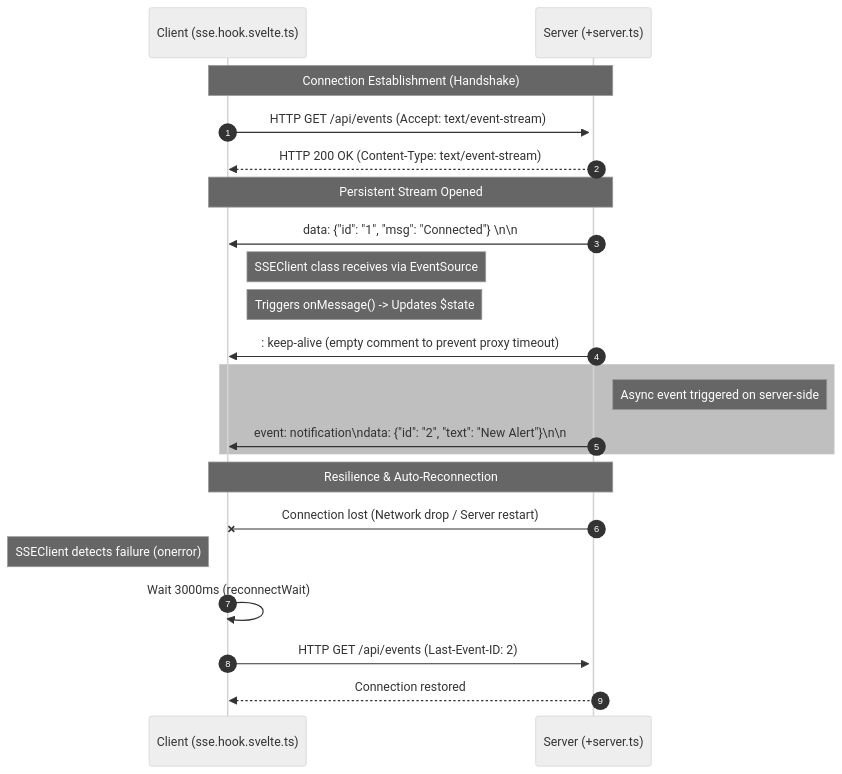
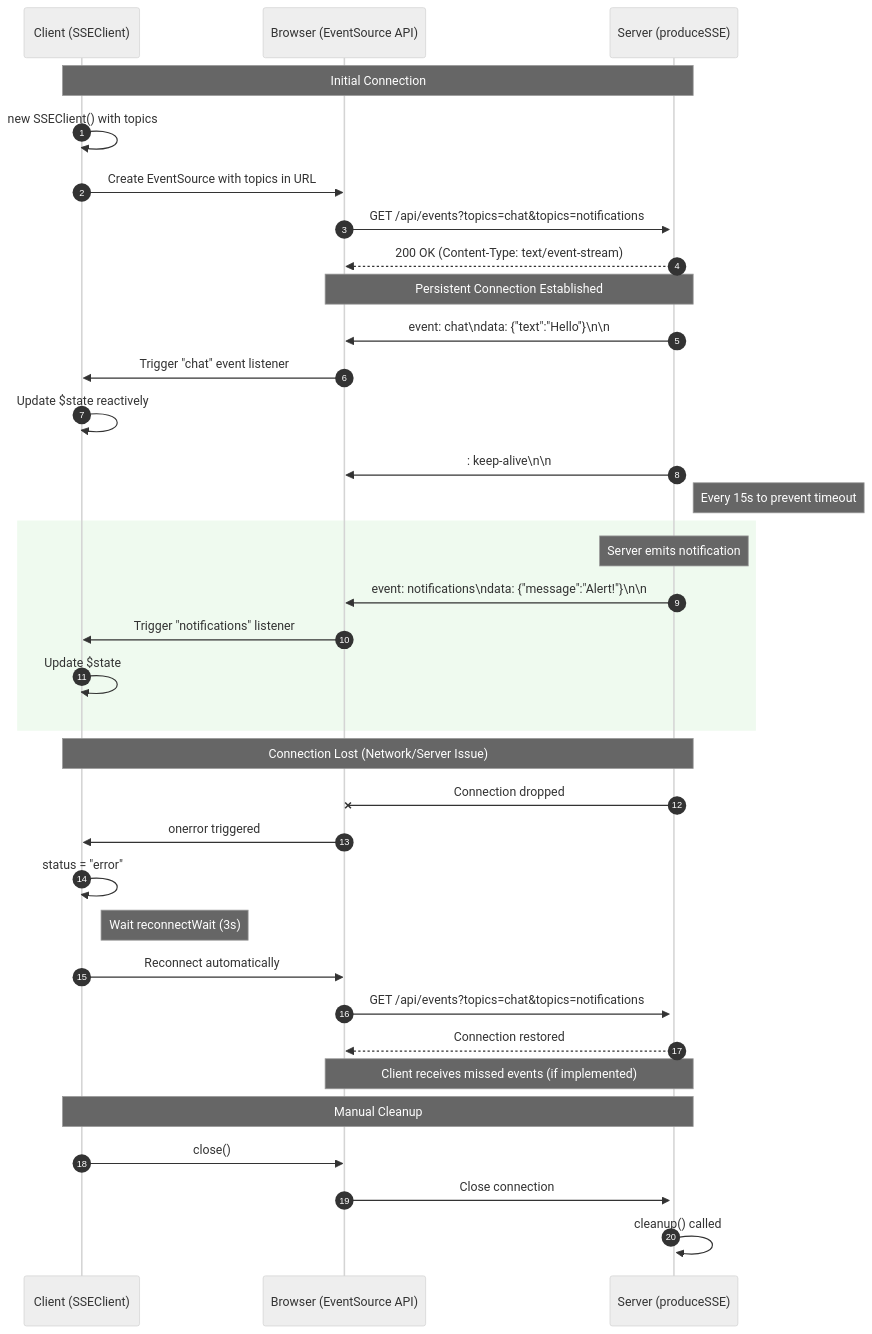
Before and after one commit to gustavomorinaga/sveltekit-sse: the diagram in README.md, drawn with Mermaid (neutral theme). The commit also changed other lines of this file, not shown here.

````diff
--- a/README.md
+++ b/README.md
@@ -63,31 +158,44 @@
 ```mermaid
 sequenceDiagram
   autonumber
-  participant C as Client (sse.hook.svelte.ts)
-  participant S as Server (+server.ts)
+  participant C as Client (SSEClient)
+  participant B as Browser (EventSource API)
+  participant S as Server (produceSSE)
 
-  Note over C,S: Connection Establishment (Handshake)
-  C->>+S: HTTP GET /api/events (Accept: text/event-stream)
-  S-->>C: HTTP 200 OK (Content-Type: text/event-stream)
+  Note over C,S: Initial Connection
+  C->>C: new SSEClient() with topics
+  C->>B: Create EventSource with topics in URL
+  B->>+S: GET /api/events?topics=chat&topics=notifications
+  S-->>B: 200 OK (Content-Type: text/event-stream)
+  Note over B,S: Persistent Connection Established
 
-  Note over C,S: Persistent Stream Opened
+  S->>B: event: chat\ndata: {"text":"Hello"}\n\n
+  B->>C: Trigger "chat" event listener
+  C->>C: Update $state reactively
 
-  S->>C: data: {"id": "1", "msg": "Connected"} \n\n
-  Note right of C: SSEClient class receives via EventSource
-  Note right of C: Triggers onMessage() -> Updates $state
+  S->>B: : keep-alive\n\n
+  Note right of S: Every 15s to prevent timeout
 
-  S->>C: : keep-alive (empty comment to prevent proxy timeout)
-
-  rect rgba(0, 0, 0, 0.25)
-    Note right of S: Async event triggered on server-side
-    S->>C: event: notification\ndata: {"id": "2", "text": "New Alert"}\n\n
+  rect rgba(100, 200, 100, 0.1)
+    Note over S: Server emits notification
+    S->>B: event: notifications\ndata: {"message":"Alert!"}\n\n
+    B->>C: Trigger "notifications" listener
+    C->>C: Update $state
   end
 
-  Note over C,S: Resilience & Auto-Reconnection
-  S-xC: Connection lost (Network drop / Server restart)
-  Note left of C: SSEClient detects failure (onerror)
-  C->>C: Wait 3000ms (reconnectWait)
+  Note over C,S: Connection Lost (Network/Server Issue)
+  S-xB: Connection dropped
+  B->>C: onerror triggered
+  C->>C: status = "error"
+  Note right of C: Wait reconnectWait (3s)
 
-  C->>+S: HTTP GET /api/events (Last-Event-ID: 2)
-  S-->>C: Connection restored
+  C->>B: Reconnect automatically
+  B->>S: GET /api/events?topics=chat&topics=notifications
+  S-->>B: Connection restored
+  Note over B,S: Client receives missed events (if implemented)
+
+  Note over C,S: Manual Cleanup
+  C->>B: close()
+  B->>S: Close connection
+  S->>S: cleanup() called
 ```
````
